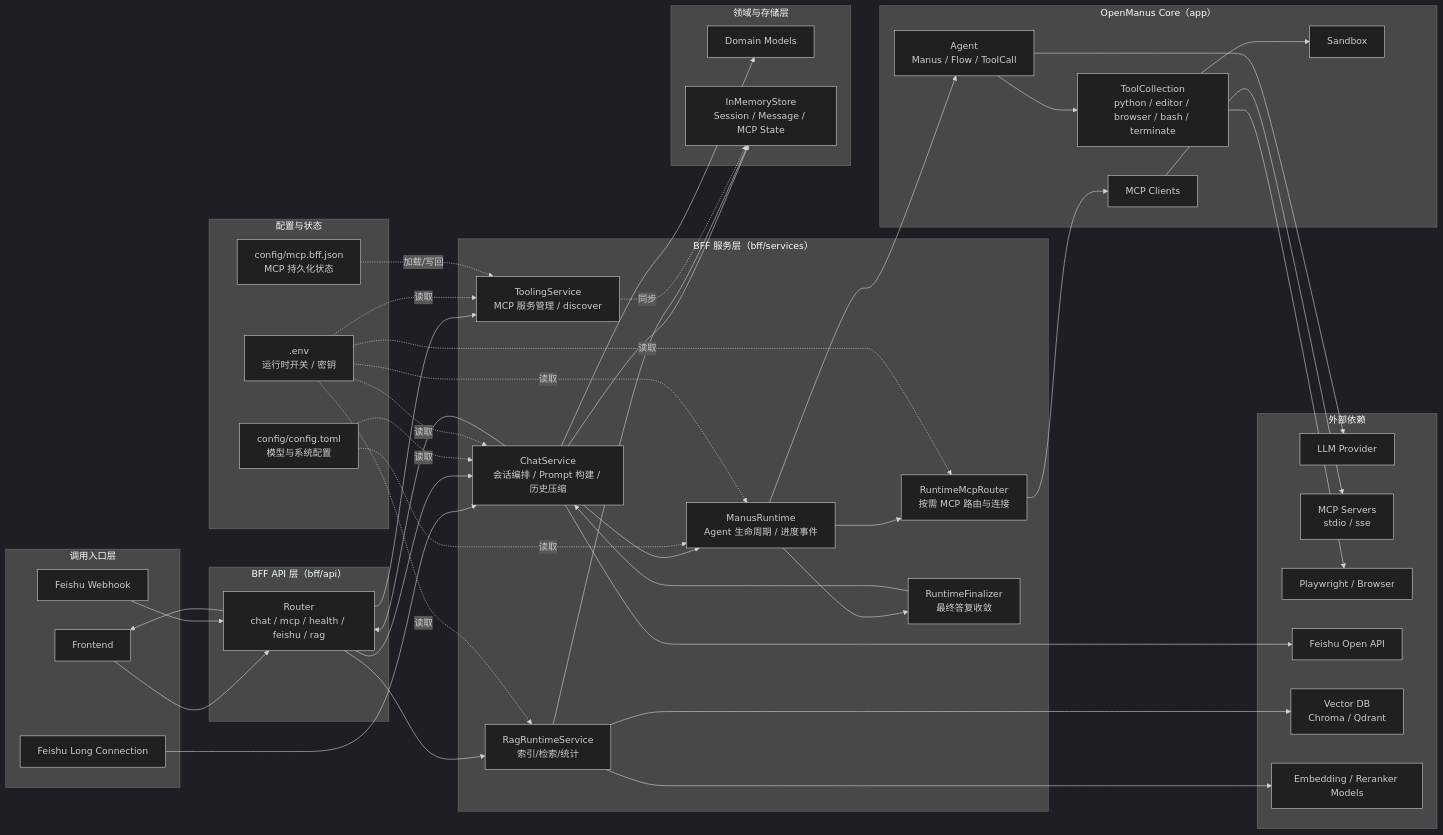
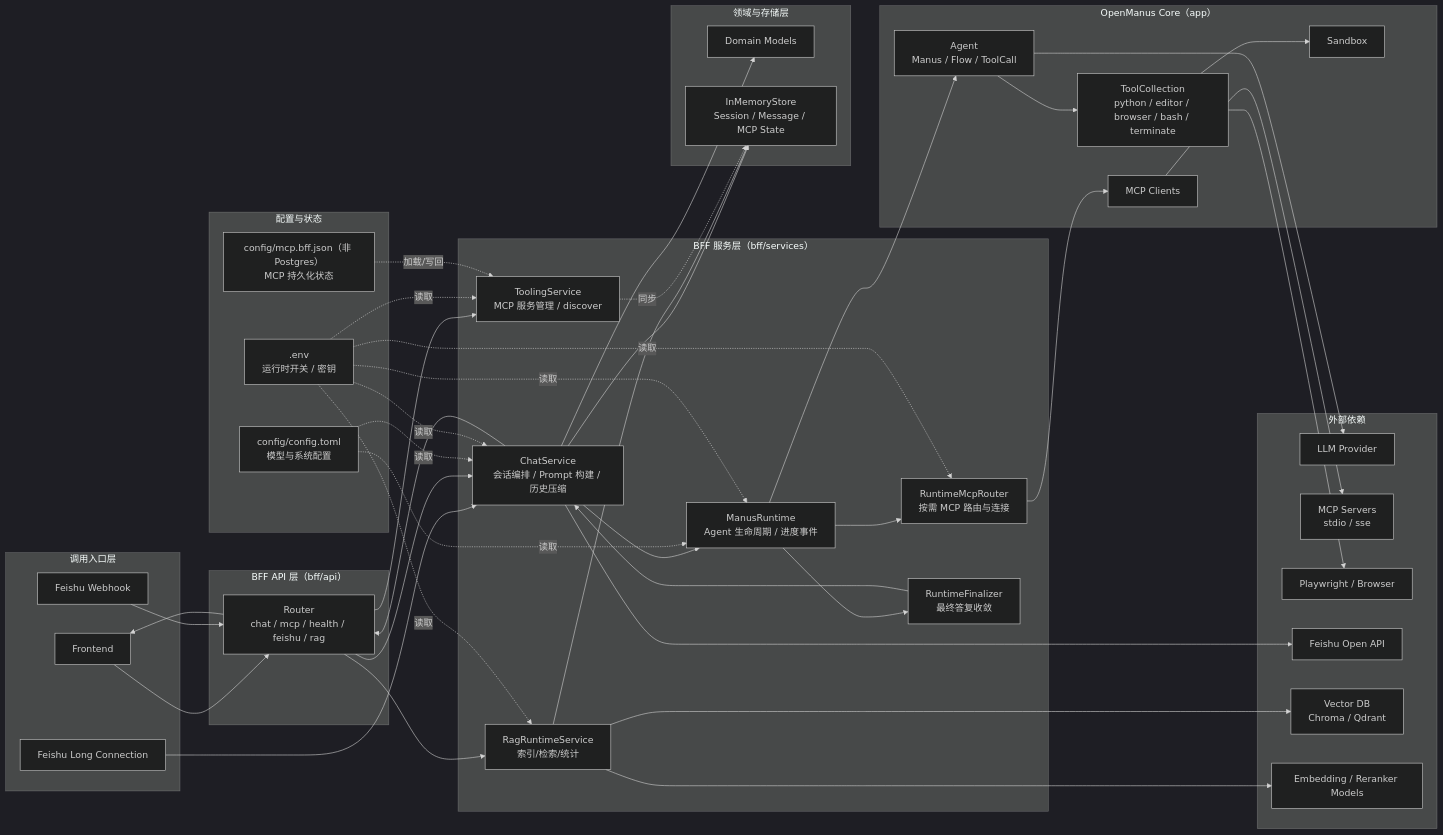
The first of 4 diagrams in README.md (paiad/Leo), drawn with Mermaid (dark theme) before and after one commit. The commit also changed other lines of this file and 7 other files, not shown here.

Commit message:
docs: clarify mcp state persistence and remove bff example

```diff
--- a/README.md
+++ b/README.md
@@ -96,7 +96,7 @@
     subgraph ConfigState["配置与状态"]
         ENV[.env<br/>运行时开关 / 密钥]
         TOML[config/config.toml<br/>模型与系统配置]
-        MCPJSON[config/mcp.bff.json<br/>MCP 持久化状态]
+        MCPJSON[config/mcp.bff.json（非 Postgres）<br/>MCP 持久化状态]
     end
 
     FE --> AR
```
